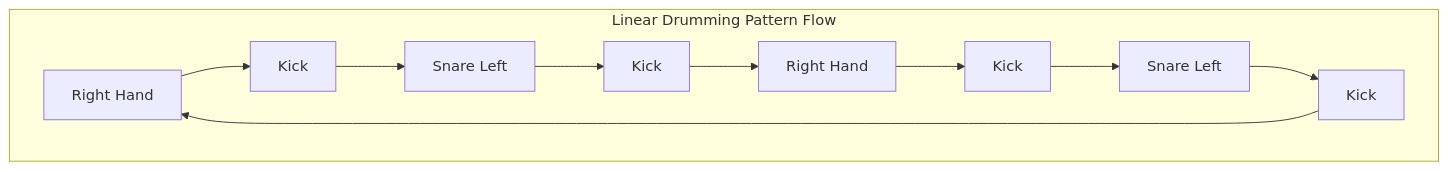
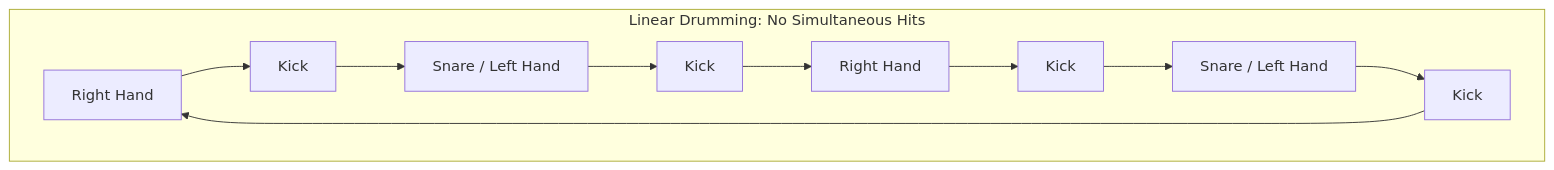
One commit to blebleblee/synapse changed the fifth of 5 diagrams in topics/arts/music_performance/drums/lesson_01_rudiments_grip_and_rebound.md. Above: the diagram before and after it, drawn with Mermaid. The commit also changed other lines of this file and 2 other files, not shown here.

````diff
--- a/topics/arts/music_performance/drums/lesson_01_rudiments_grip_and_rebound.md
+++ b/topics/arts/music_performance/drums/lesson_01_rudiments_grip_and_rebound.md
@@ -437,13 +298,13 @@
 ```mermaid
 graph TB
-    subgraph sub_linear ["Linear Drumming Pattern Flow"]
-        R1[Right Hand] --> K1[Kick]
-        K1 --> S1[Snare Left]
-        S1 --> K2[Kick]
-        K2 --> R2[Right Hand]
-        R2 --> K3[Kick]
-        K3 --> S2[Snare Left]
-        S2 --> K4[Kick]
+    subgraph sub_linear ["Linear Drumming: No Simultaneous Hits"]
+        R1["Right Hand"] --> K1["Kick"]
+        K1 --> S1["Snare / Left Hand"]
+        S1 --> K2["Kick"]
+        K2 --> R2["Right Hand"]
+        R2 --> K3["Kick"]
+        K3 --> S2["Snare / Left Hand"]
+        S2 --> K4["Kick"]
         K4 --> R1
     end
 ```
````
